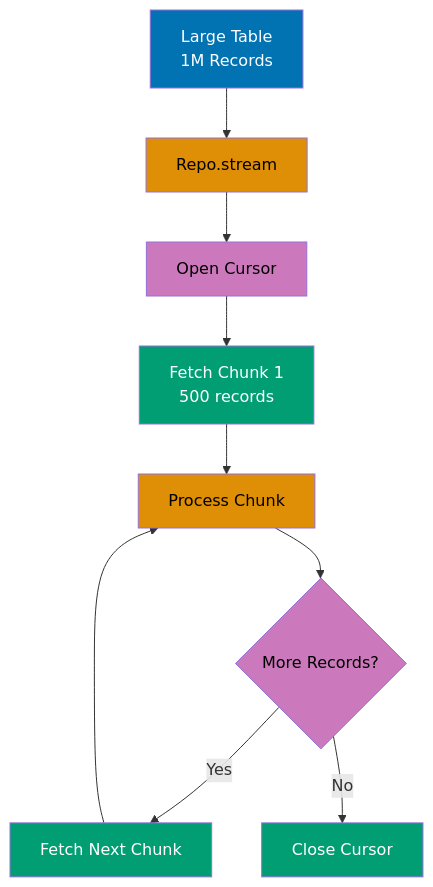
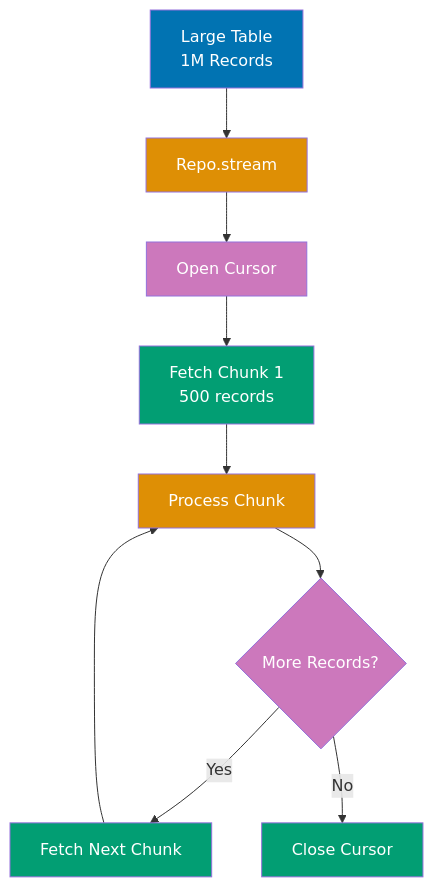
Before and after one commit to wahidyankf/open-sharia-enterprise: the eighth of 12 diagrams in apps/ayokoding-web/content/en/learn/software-engineering/data/tools/elixir-ecto/by-example/advanced.md, drawn with Mermaid. The commit also changed other lines of this file and 61 other files, not shown here.

First line of the commit message:
fix(ayokoding-web): quote Mermaid node labels with special characters in Example 63

````diff
--- a/apps/ayokoding-web/content/en/learn/software-engineering/data/tools/elixir-ecto/by-example/advanced.md
+++ b/apps/ayokoding-web/content/en/learn/software-engineering/data/tools/elixir-ecto/by-example/advanced.md
@@ -891,22 +891,22 @@
 ```mermaid
 %% Color Palette: Blue #0173B2, Orange #DE8F05, Teal #029E73, Purple #CC78BC, Brown #CA9161
 %%  Stream Processing Flow
 graph TD
     A[Large Table<br/>1M Records] --> B[Repo.stream]
     B --> C[Open Cursor]
     C --> D[Fetch Chunk 1<br/>500 records]
     D --> E[Process Chunk]
     E --> F{More Records?}
     F -->|Yes| G[Fetch Next Chunk]
     F -->|No| H[Close Cursor]
     G --> E
 
     style A fill:#0173B2,color:#fff
-    style B fill:#DE8F05,color:#000
-    style C fill:#CC78BC,color:#000
+    style B fill:#DE8F05,color:#fff
+    style C fill:#CC78BC,color:#fff
     style D fill:#029E73,color:#fff
-    style E fill:#DE8F05,color:#000
-    style F fill:#CC78BC,color:#000
+    style E fill:#DE8F05,color:#fff
+    style F fill:#CC78BC,color:#fff
     style G fill:#029E73,color:#fff
     style H fill:#029E73,color:#fff
 ```
````
